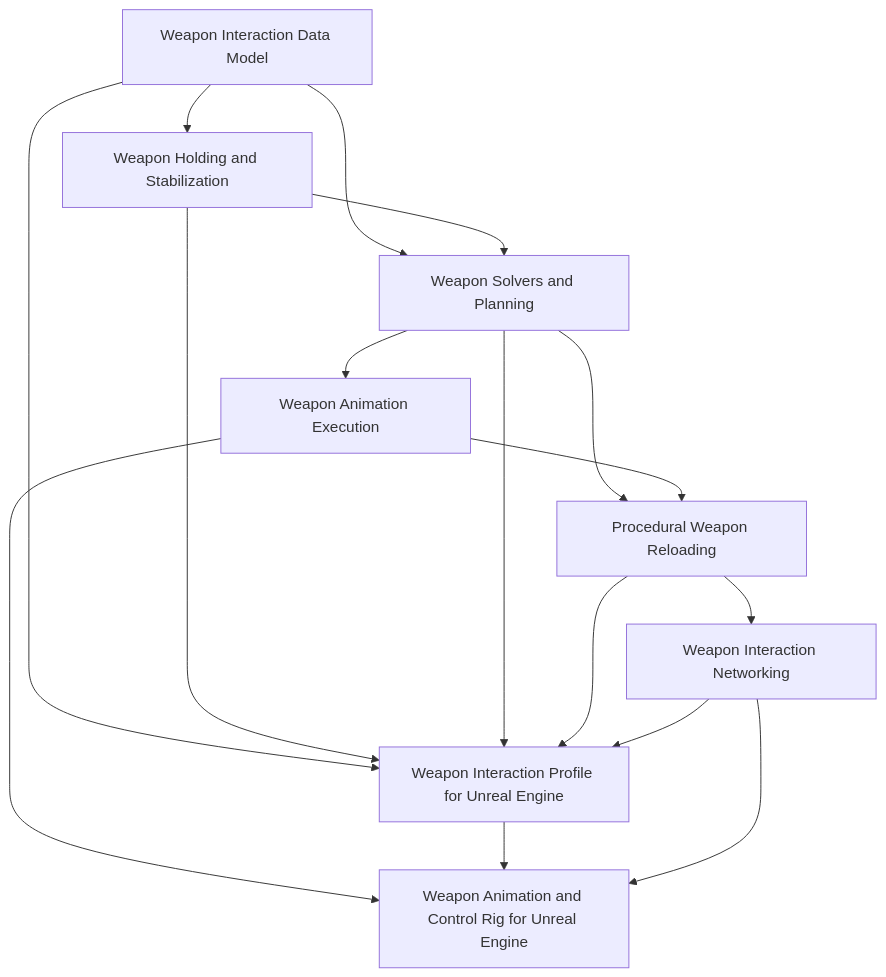
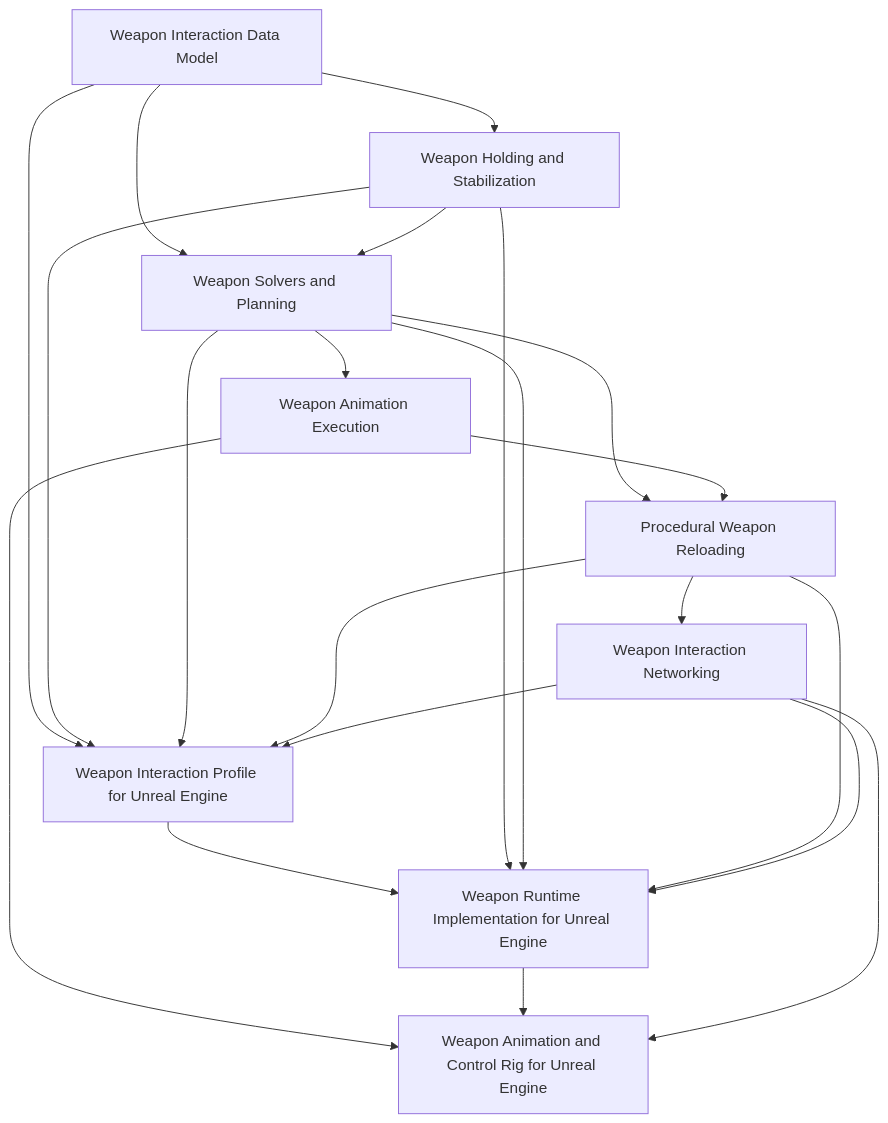
One commit to o-codify/HumanLocomotionSpecificationDocs changed the diagram in docs/12-weapon-interaction/index.md. Above: the diagram before and after it, drawn with Mermaid. The commit also changed other lines of this file, not shown here.

Commit message:
Add UE runtime implementation document to weapon interaction index

````diff
--- a/docs/12-weapon-interaction/index.md
+++ b/docs/12-weapon-interaction/index.md
@@ -106,27 +112,33 @@
 ```mermaid
 flowchart TD
     Data[Weapon Interaction Data Model]
     Holding[Weapon Holding and Stabilization]
     Solvers[Weapon Solvers and Planning]
     AnimExec[Weapon Animation Execution]
     Reload[Procedural Weapon Reloading]
     Net[Weapon Interaction Networking]
     UEProfile[Weapon Interaction Profile for Unreal Engine]
+    UERuntime[Weapon Runtime Implementation for Unreal Engine]
     UERig[Weapon Animation and Control Rig for Unreal Engine]
 
     Data --> Holding
     Data --> Solvers
     Holding --> Solvers
     Solvers --> AnimExec
     Solvers --> Reload
     AnimExec --> Reload
     Reload --> Net
     Data --> UEProfile
     Holding --> UEProfile
     Solvers --> UEProfile
     Reload --> UEProfile
     Net --> UEProfile
+    UEProfile --> UERuntime
+    Holding --> UERuntime
+    Solvers --> UERuntime
+    Reload --> UERuntime
+    Net --> UERuntime
     AnimExec --> UERig
-    UEProfile --> UERig
+    UERuntime --> UERig
     Net --> UERig
 ```
````
